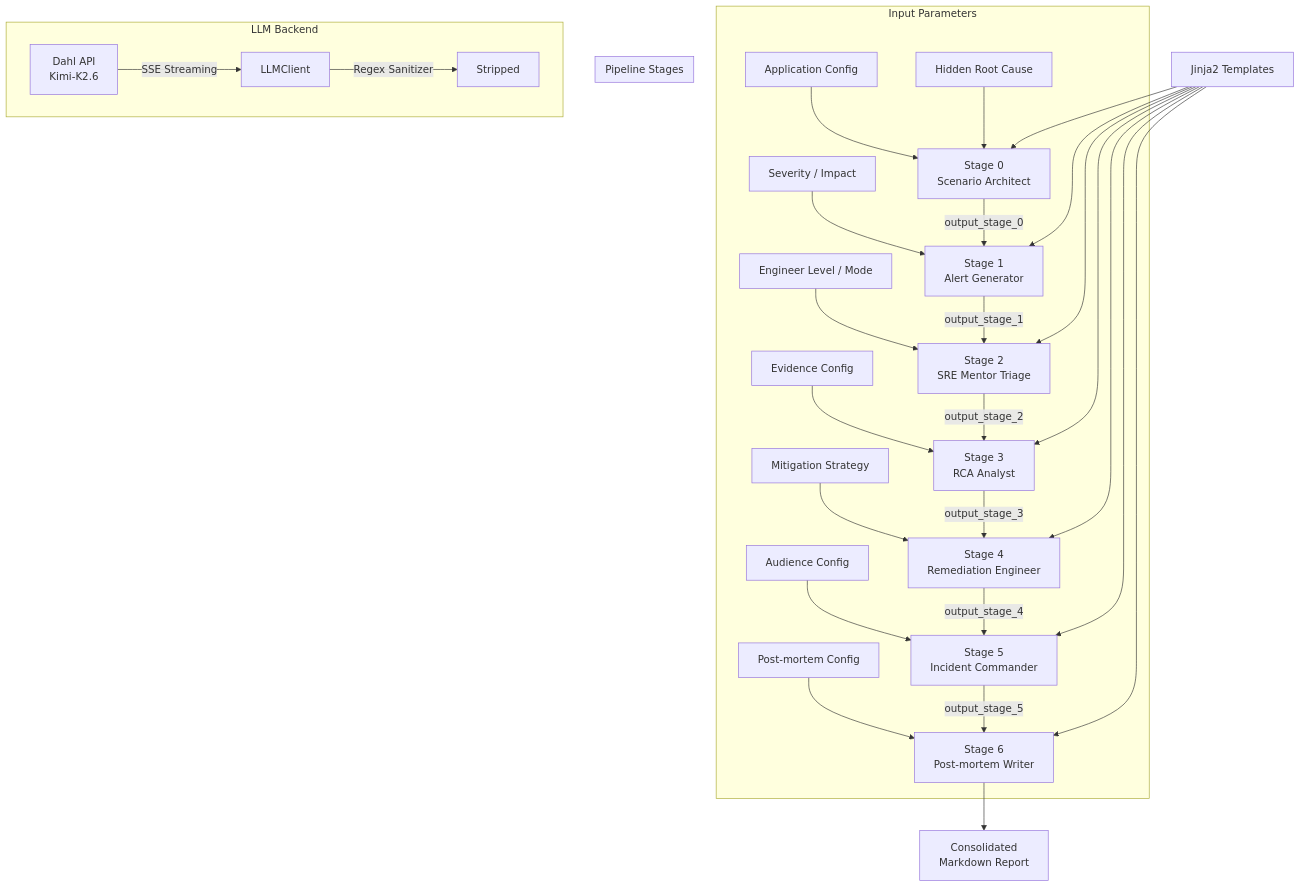
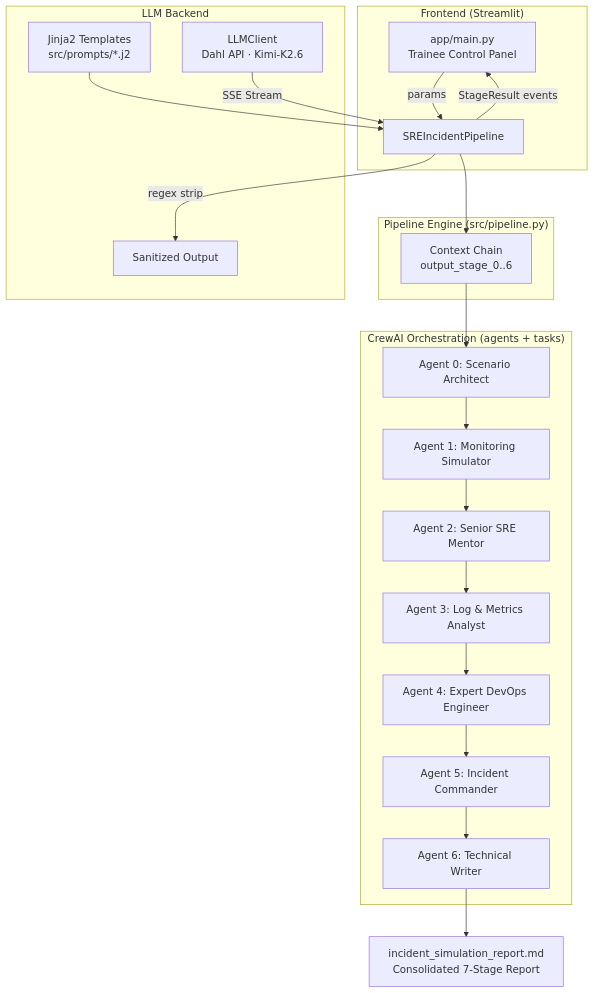
The diagram in README.md (minaNabil96/devops-incident-sim-pipeline), drawn with Mermaid before and after one commit. The commit also changed other lines of this file and 33 other files, not shown here.

First line of the commit message:
feat: full-stack CrewAI revamp — agents, tasks, pipeline, Streamlit UI, Docker, tests

````diff
--- a/README.md
+++ b/README.md
@@ -38,38 +50,29 @@
 ```mermaid
 graph TD
-    subgraph "Input Parameters"
-        P1[Application Config] --> S0
-        P2[Hidden Root Cause] --> S0
-        P3[Severity / Impact] --> S1
-        P4[Engineer Level / Mode] --> S2
-        P5[Evidence Config] --> S3
-        P6[Mitigation Strategy] --> S4
-        P7[Audience Config] --> S5
-        P8[Post-mortem Config] --> S6
+    subgraph "Frontend (Streamlit)"
+        UI[app/main.py<br/>Trainee Control Panel] -->|params| PIPE
+        PIPE -->|StageResult events| UI
     end
 
-    subgraph "Pipeline Stages"
-        S0["Stage 0<br/>Scenario Architect"] -->|output_stage_0| S1
-        S1["Stage 1<br/>Alert Generator"] -->|output_stage_1| S2
-        S2["Stage 2<br/>SRE Mentor Triage"] -->|output_stage_2| S3
-        S3["Stage 3<br/>RCA Analyst"] -->|output_stage_3| S4
-        S4["Stage 4<br/>Remediation Engineer"] -->|output_stage_4| S5
-        S5["Stage 5<br/>Incident Commander"] -->|output_stage_5| S6
-        S6["Stage 6<br/>Post-mortem Writer"]
+    subgraph "Pipeline Engine (src/pipeline.py)"
+        PIPE[SREIncidentPipeline] --> CTX[Context Chain<br/>output_stage_0..6]
+    end
+
+    subgraph "CrewAI Orchestration (agents + tasks)"
+        CTX --> A0[Agent 0: Scenario Architect]
+        A0 --> A1[Agent 1: Monitoring Simulator]
+        A1 --> A2[Agent 2: Senior SRE Mentor]
+        A2 --> A3[Agent 3: Log & Metrics Analyst]
+        A3 --> A4[Agent 4: Expert DevOps Engineer]
+        A4 --> A5[Agent 5: Incident Commander]
+        A5 --> A6[Agent 6: Technical Writer]
     end
 
     subgraph "LLM Backend"
-        API[Dahl API<br/>Kimi-K2.6] -->|SSE Streaming| LLMClient
-        LLMClient -->|Regex Sanitizer| Cleaned[<think> Stripped]
+        TPL[Jinja2 Templates<br/>src/prompts/*.j2] --> PIPE
+        LLM[LLMClient<br/>Dahl API · Kimi-K2.6] -->|SSE Stream| PIPE
+        PIPE -->|regex <think> strip| CLEAN[Sanitized Output]
     end
 
-    Jinja2[Jinja2 Templates] --> S0
-    Jinja2 --> S1
-    Jinja2 --> S2
-    Jinja2 --> S3
-    Jinja2 --> S4
-    Jinja2 --> S5
-    Jinja2 --> S6
-
-    S6 --> Report[Consolidated<br/>Markdown Report]
+    A6 --> RPT[incident_simulation_report.md<br/>Consolidated 7-Stage Report]
 ```
````
